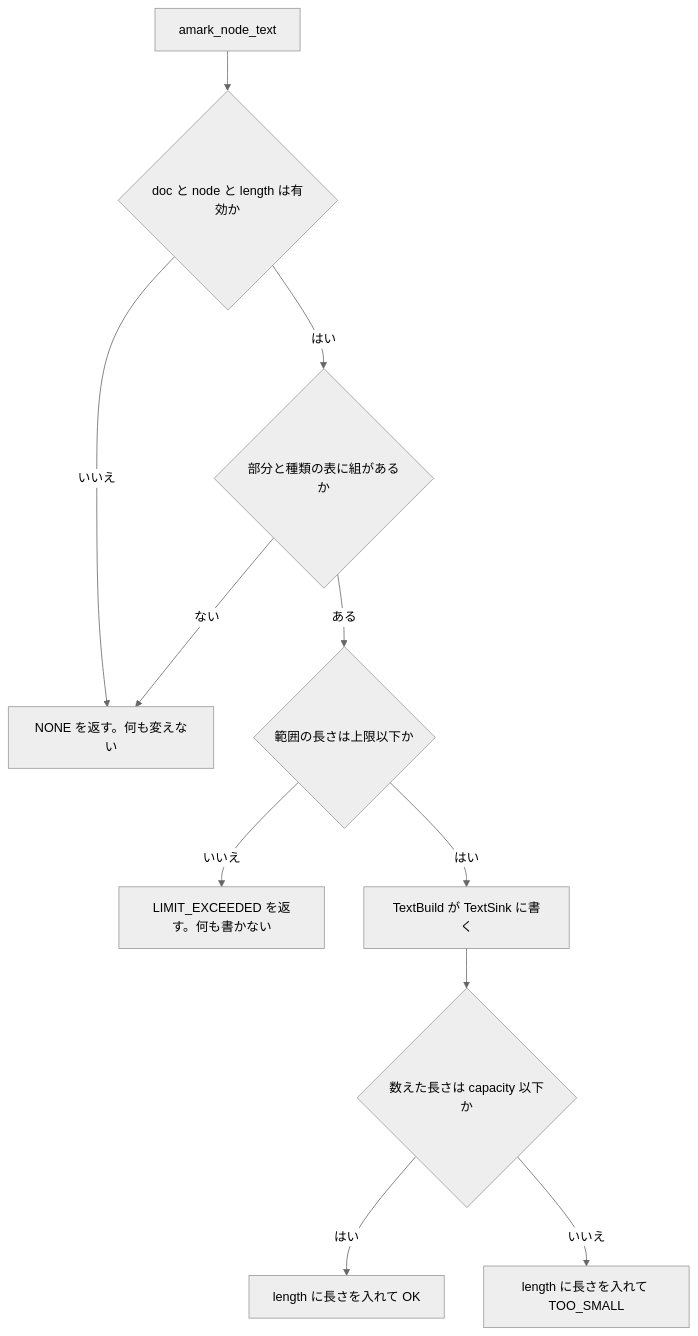
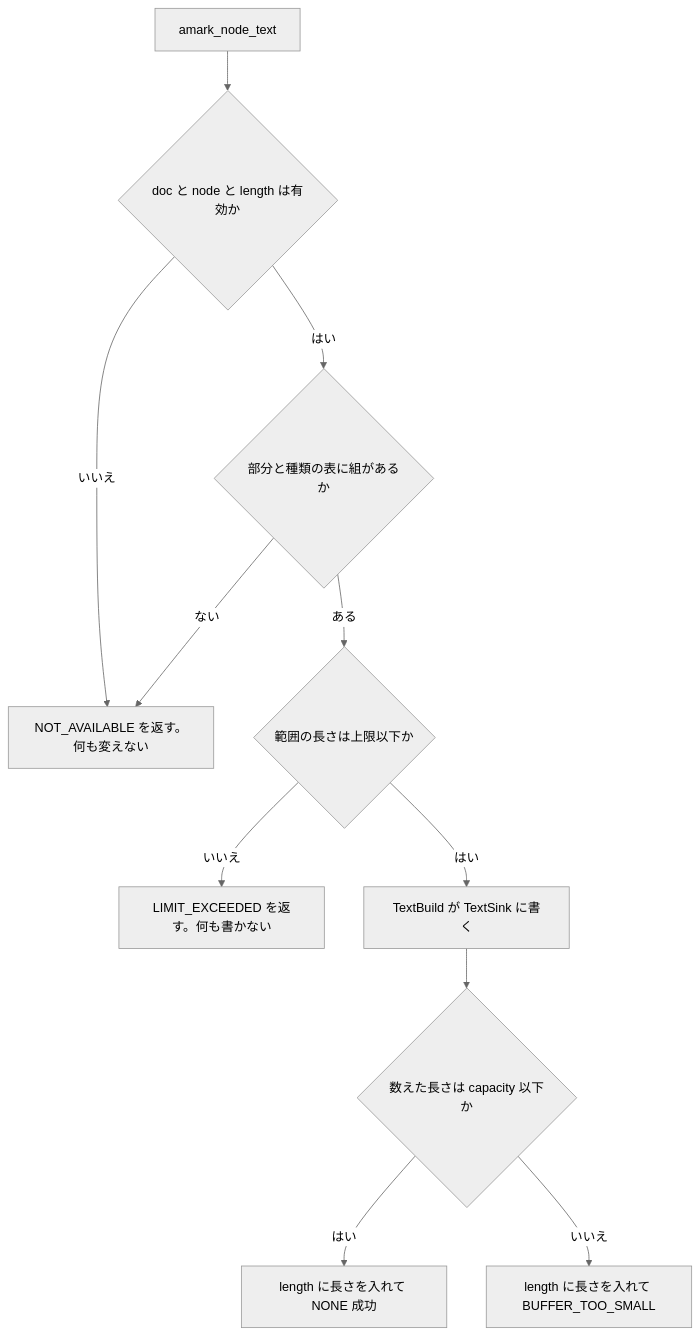
Before and after one commit to ktdevx/amark-private: the second of 2 diagrams in .kiro/specs/source-text/design.md, drawn with Mermaid (neutral theme). The commit also changed other lines of this file and 4 other files, not shown here.

````diff
--- a/.kiro/specs/source-text/design.md
+++ b/.kiro/specs/source-text/design.md
@@ -184,13 +189,13 @@
 ```mermaid
 flowchart TB
     Start[amark_node_text] --> Check{doc と node と length は有効か}
-    Check -- いいえ --> None[NONE を返す。何も変えない]
+    Check -- いいえ --> None[NOT_AVAILABLE を返す。何も変えない]
     Check -- はい --> Select{部分と種類の表に組があるか}
     Select -- ない --> None
     Select -- ある --> Limit{範囲の長さは上限以下か}
     Limit -- いいえ --> LimitOut[LIMIT_EXCEEDED を返す。何も書かない]
     Limit -- はい --> Build[TextBuild が TextSink に書く]
     Build --> Fit{数えた長さは capacity 以下か}
-    Fit -- はい --> Ok[length に長さを入れて OK]
-    Fit -- いいえ --> Small[length に長さを入れて TOO_SMALL]
+    Fit -- はい --> Ok[length に長さを入れて NONE 成功]
+    Fit -- いいえ --> Small[length に長さを入れて BUFFER_TOO_SMALL]
 ```
````
